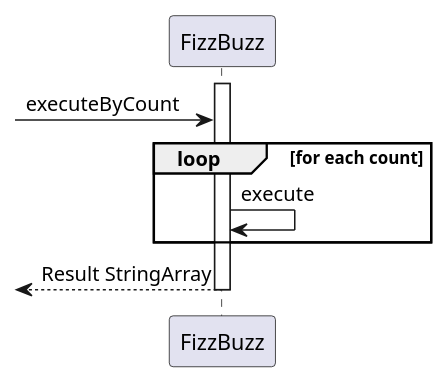
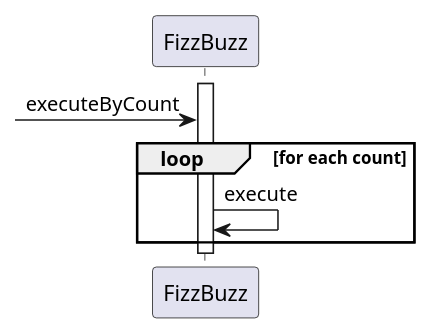
The second of 2 diagrams in docs/src/fizzbuzz.md (k2works/etude_for_java), drawn with PlantUML before and after one commit. The commit also changed other lines of this file and 5 other files, not shown here.

First line of the commit message:
FizzBuzz #EFJ-8

````diff
--- a/docs/src/fizzbuzz.md
+++ b/docs/src/fizzbuzz.md
@@ -38,11 +38,10 @@
 ```puml
 @startuml
    activate FizzBuzz
    -> FizzBuzz :executeByCount
    loop for each count
       FizzBuzz -> FizzBuzz :execute
    end
-   <-- FizzBuzz :Result StringArray
    deactivate FizzBuzz
 @enduml
 ```
````
